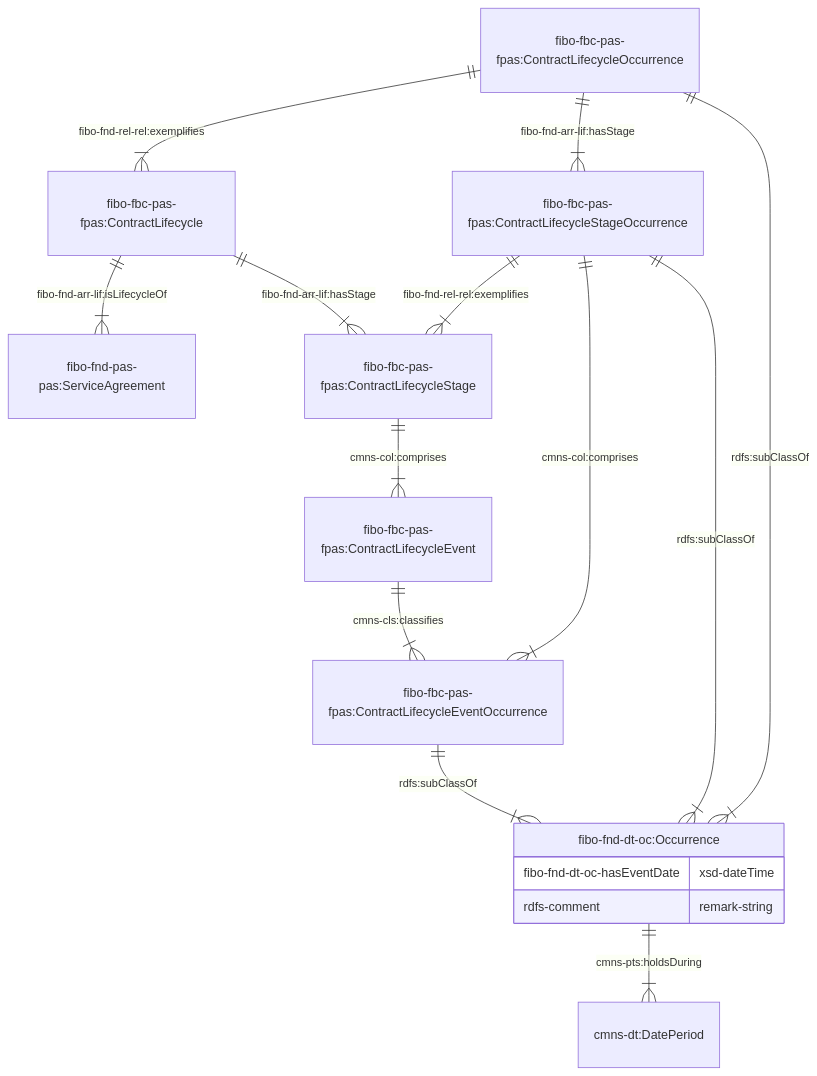
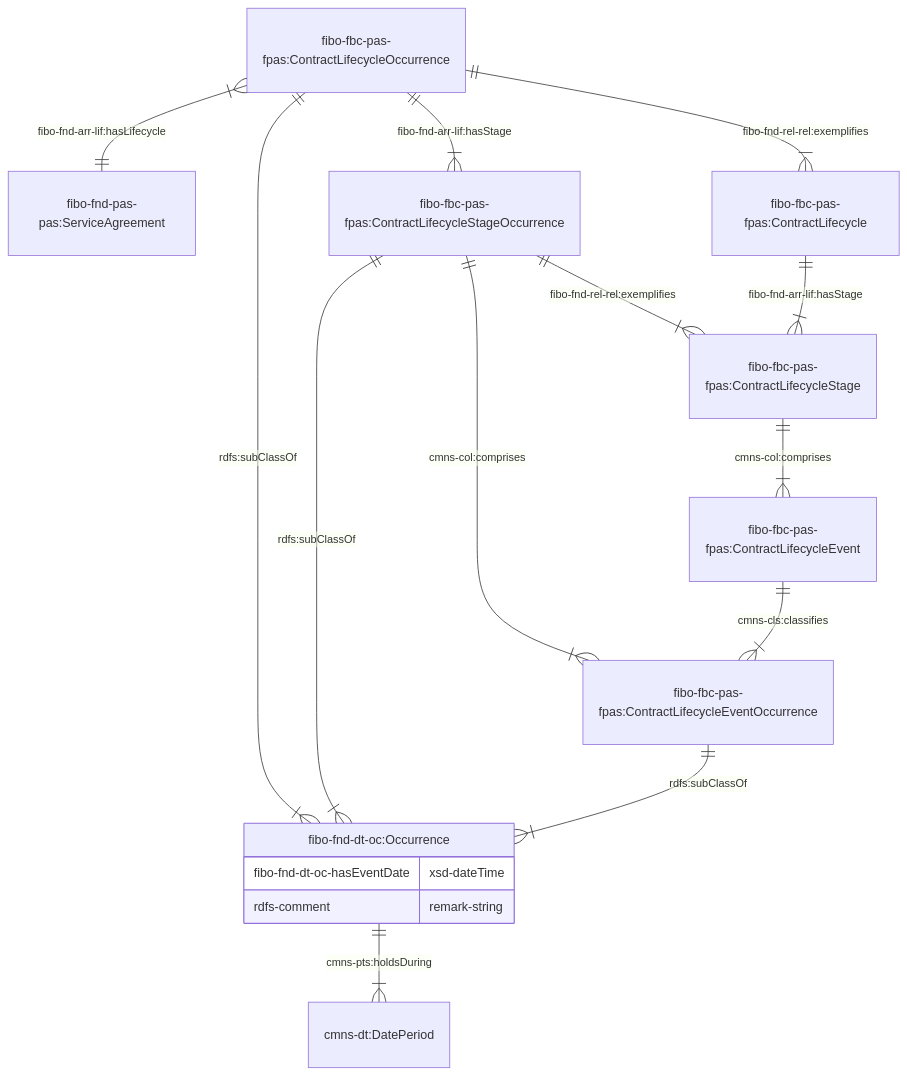
One commit to cambridge-cares/TheWorldAvatar changed the fifth of 8 diagrams in JPS_Ontology/ontology/ontoservice/README.md. Above: the diagram before and after it, drawn with Mermaid. The commit also changed other lines of this file and 4 other files, not shown here.

````diff
--- a/JPS_Ontology/ontology/ontoservice/README.md
+++ b/JPS_Ontology/ontology/ontoservice/README.md
@@ -176,24 +233,24 @@
 ```mermaid
     erDiagram
-    "fibo-fbc-pas-fpas:ContractLifecycle" ||--|{ "fibo-fnd-pas-pas:ServiceAgreement" : "fibo-fnd-arr-lif:isLifecycleOf"
+    "fibo-fbc-pas-fpas:ContractLifecycleOccurrence" }|--|| "fibo-fnd-pas-pas:ServiceAgreement" : "fibo-fnd-arr-lif:hasLifecycle"
     "fibo-fbc-pas-fpas:ContractLifecycleOccurrence" ||--|{ "fibo-fbc-pas-fpas:ContractLifecycle" : "fibo-fnd-rel-rel:exemplifies"
     "fibo-fbc-pas-fpas:ContractLifecycleOccurrence" ||--|{ "fibo-fbc-pas-fpas:ContractLifecycleStageOccurrence" : "fibo-fnd-arr-lif:hasStage"
     "fibo-fbc-pas-fpas:ContractLifecycleStageOccurrence" ||--|{ "fibo-fbc-pas-fpas:ContractLifecycleStage" : "fibo-fnd-rel-rel:exemplifies"
     "fibo-fbc-pas-fpas:ContractLifecycleStageOccurrence" ||--|{ "fibo-fbc-pas-fpas:ContractLifecycleEventOccurrence" : "cmns-col:comprises"
 
     "fibo-fbc-pas-fpas:ContractLifecycle" ||--|{ "fibo-fbc-pas-fpas:ContractLifecycleStage" : "fibo-fnd-arr-lif:hasStage"
 
     "fibo-fbc-pas-fpas:ContractLifecycleStage" ||--|{ "fibo-fbc-pas-fpas:ContractLifecycleEvent" : "cmns-col:comprises"
     "fibo-fbc-pas-fpas:ContractLifecycleEvent" ||--|{ "fibo-fbc-pas-fpas:ContractLifecycleEventOccurrence" : "cmns-cls:classifies"
 
     "fibo-fbc-pas-fpas:ContractLifecycleOccurrence" ||--|{ "fibo-fnd-dt-oc:Occurrence" : "rdfs:subClassOf"
     "fibo-fbc-pas-fpas:ContractLifecycleStageOccurrence" ||--|{ "fibo-fnd-dt-oc:Occurrence" : "rdfs:subClassOf"
     "fibo-fbc-pas-fpas:ContractLifecycleEventOccurrence" ||--|{ "fibo-fnd-dt-oc:Occurrence" : "rdfs:subClassOf"
 
     "fibo-fnd-dt-oc:Occurrence" ||--|{ " cmns-dt:DatePeriod" : "cmns-pts:holdsDuring"
 
     "fibo-fnd-dt-oc:Occurrence" {
         fibo-fnd-dt-oc-hasEventDate xsd-dateTime
         rdfs-comment remark-string
     }
 ```
````
